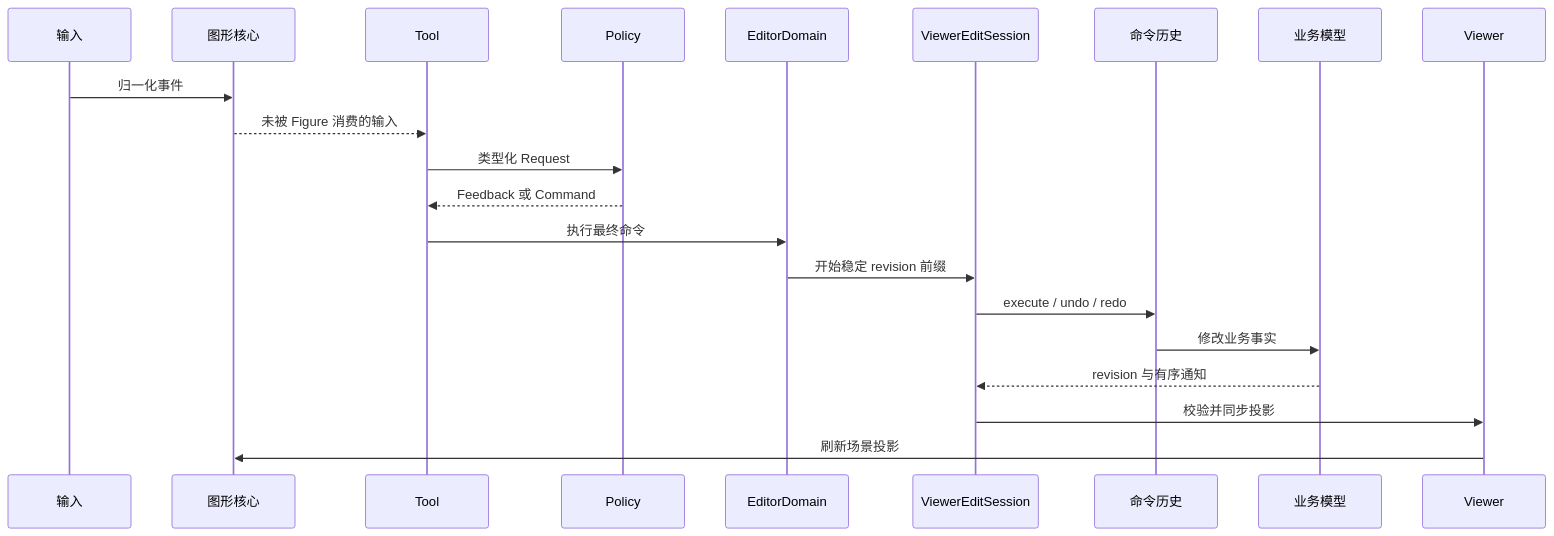
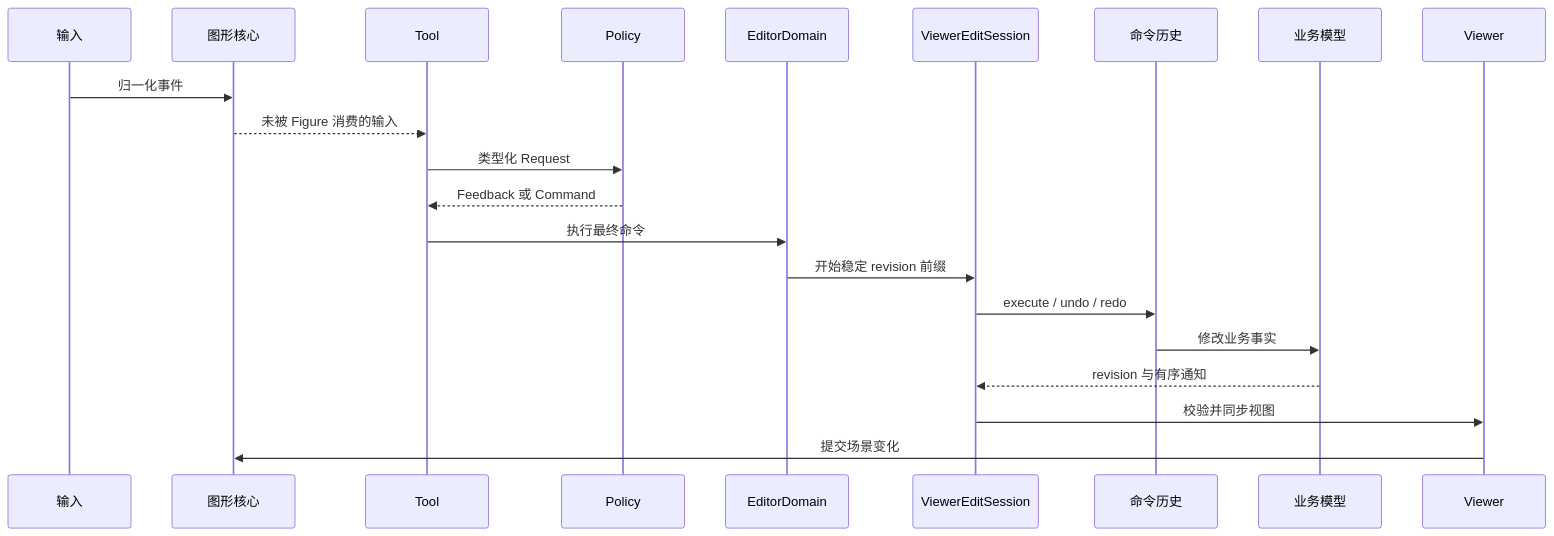
The fourth of 4 diagrams in engine/wasm_rust/novadraw/book/internals/src/01-graphical-framework.md (yezhang/novadraw), drawn with Mermaid before and after one commit. The commit also changed other lines of this file and 46 other files, not shown here.

````diff
--- a/engine/wasm_rust/novadraw/book/internals/src/01-graphical-framework.md
+++ b/engine/wasm_rust/novadraw/book/internals/src/01-graphical-framework.md
@@ -269,24 +269,24 @@
 ```mermaid
 sequenceDiagram
     participant Input as 输入
     participant Core as 图形核心
     participant Tool
     participant Policy
     participant Domain as EditorDomain
     participant Session as ViewerEditSession
     participant Stack as 命令历史
     participant Model as 业务模型
     participant Viewer
 
     Input->>Core: 归一化事件
     Core-->>Tool: 未被 Figure 消费的输入
     Tool->>Policy: 类型化 Request
     Policy-->>Tool: Feedback 或 Command
     Tool->>Domain: 执行最终命令
     Domain->>Session: 开始稳定 revision 前缀
     Session->>Stack: execute / undo / redo
     Stack->>Model: 修改业务事实
     Model-->>Session: revision 与有序通知
-    Session->>Viewer: 校验并同步投影
-    Viewer->>Core: 刷新场景投影
+    Session->>Viewer: 校验并同步视图
+    Viewer->>Core: 提交场景变化
 ```
````
